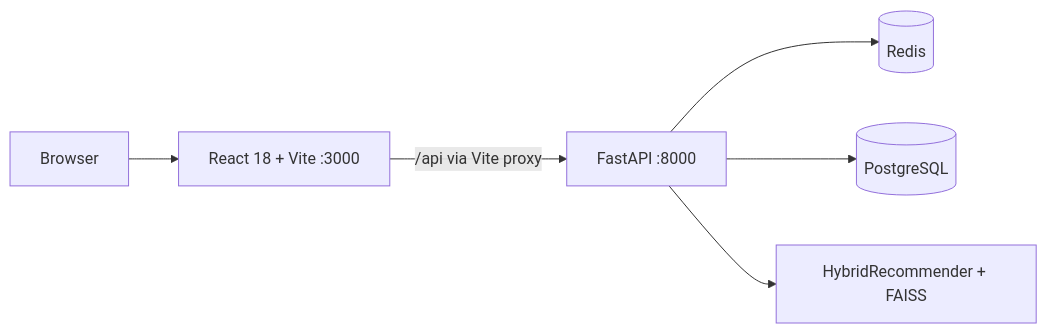
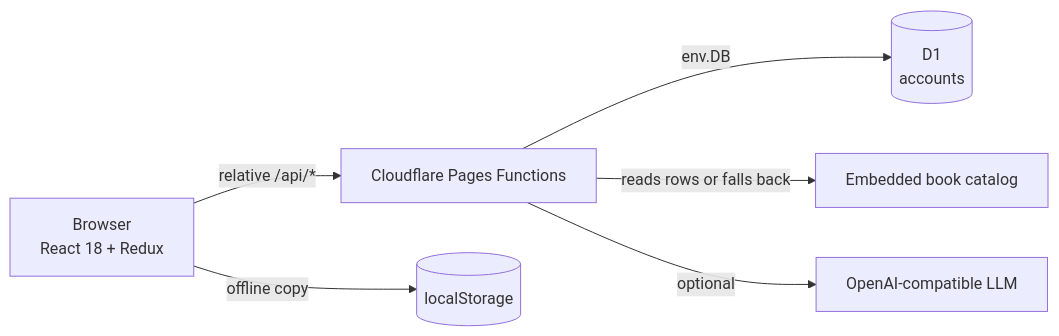
Before and after one commit to kakashi3lite/GoodBooksRecommender: the diagram in HANDOFF.md, drawn with Mermaid. The commit also changed other lines of this file and 106 other files, not shown here.

First line of the commit message:
feat(accounts): persist customer accounts in Cloudflare D1

````diff
--- a/HANDOFF.md
+++ b/HANDOFF.md
@@ -49,8 +40,8 @@
 ```mermaid
 graph LR
-  U[Browser] --> F[React 18 + Vite :3000]
-  F -->|/api via Vite proxy| B[FastAPI :8000]
-  B --> R[(Redis)]
-  B --> P[(PostgreSQL)]
-  B --> M[HybridRecommender + FAISS]
+  U[Browser<br/>React 18 + Redux] -->|relative /api/*| P[Cloudflare Pages Functions]
+  P -->|env.DB| D1[(D1<br/>accounts)]
+  P -->|reads rows or falls back| C[Embedded book catalog]
+  P -->|optional| AI[OpenAI-compatible LLM]
+  U -->|offline copy| LS[(localStorage)]
 ```
````
